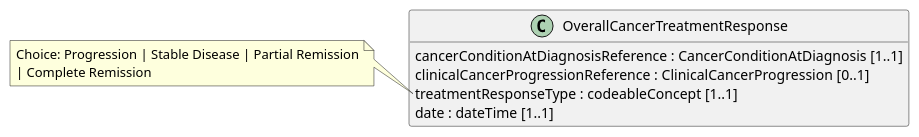
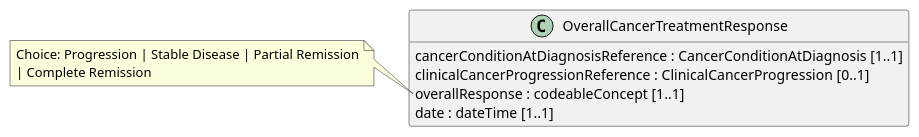
The diagram in input/images-source/OverallCancerTreatmentResponse_LM.plantuml (hl7-eu/cancer-common), drawn with PlantUML before and after one commit. The commit also changed 45 other files, not shown here.

```diff
--- a/input/images-source/OverallCancerTreatmentResponse_LM.plantuml
+++ b/input/images-source/OverallCancerTreatmentResponse_LM.plantuml
@@ -1,16 +1,16 @@
 @startuml
 hide empty members
 skinparam classAttributeIconSize 0
 
 class OverallCancerTreatmentResponse {
   cancerConditionAtDiagnosisReference : CancerConditionAtDiagnosis [1..1]
   clinicalCancerProgressionReference : ClinicalCancerProgression [0..1]
-  treatmentResponseType : codeableConcept [1..1]
+  overallResponse : codeableConcept [1..1]
   date : dateTime [1..1]
 }
 
-note left of OverallCancerTreatmentResponse::treatmentResponseType
+note left of OverallCancerTreatmentResponse::overallResponse
 Choice: Progression | Stable Disease | Partial Remission
 | Complete Remission
 end note
 @enduml
```
